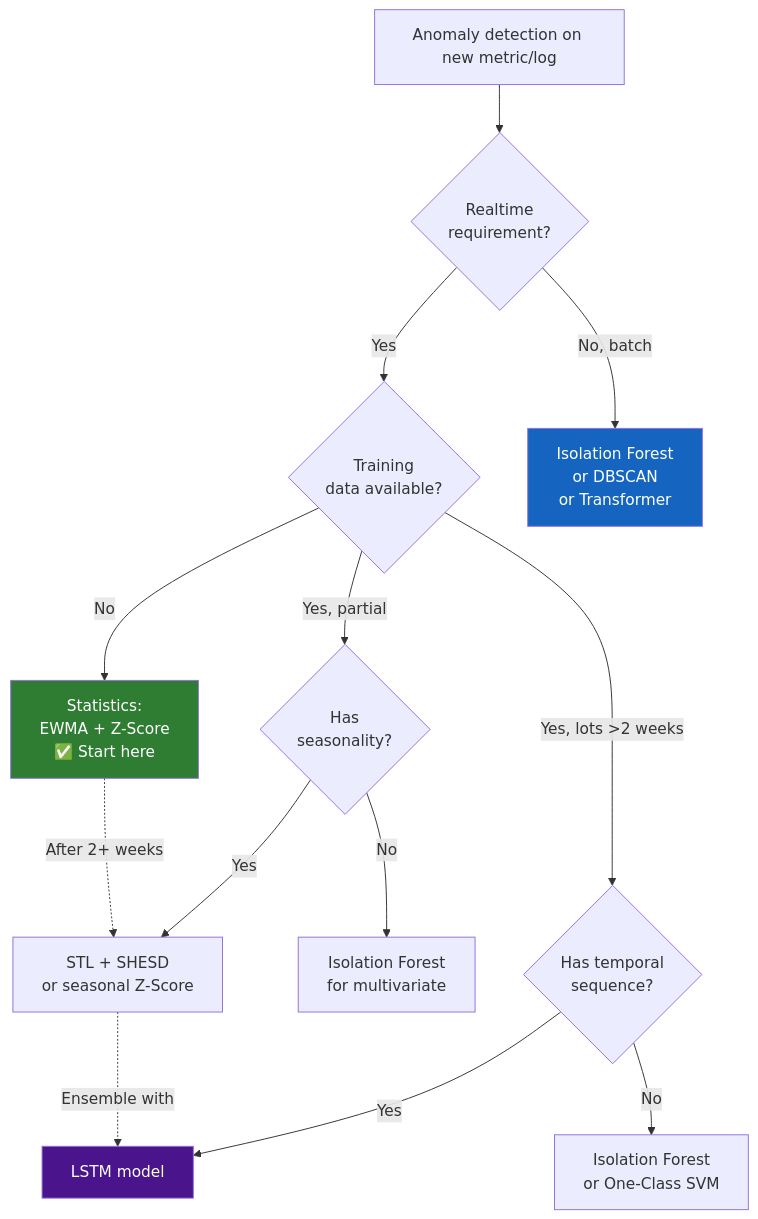
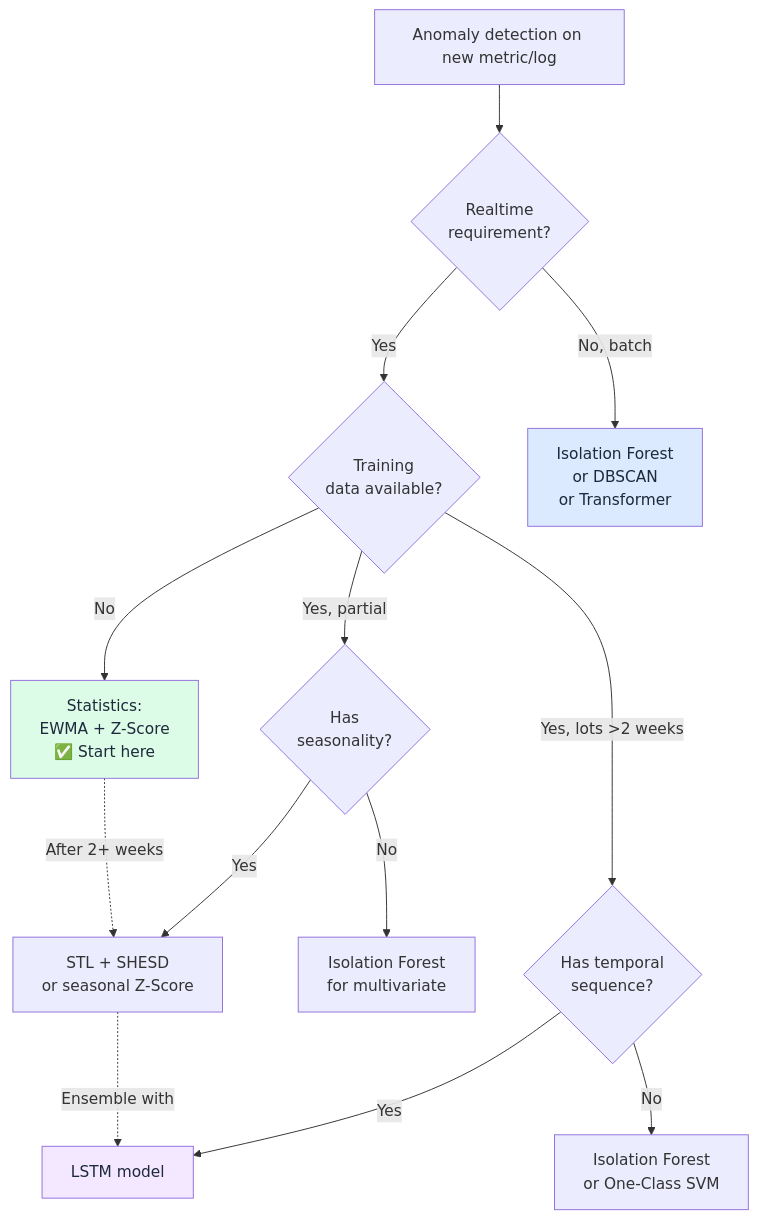
Before and after one commit to XUanhoa04/aiops-engineering-handbook: the sixth of 8 diagrams in docs/en/08-anomaly-detection/README.md, drawn with Mermaid. The commit also changed other lines of this file and 39 other files, not shown here.

First line of the commit message:
docs: concept-first Ch.08-12, collapse code, soft Mermaid colors

````diff
--- a/docs/en/08-anomaly-detection/README.md
+++ b/docs/en/08-anomaly-detection/README.md
@@ -1365,24 +2137,24 @@
 ```mermaid
 graph TD
     START[Anomaly detection on new metric/log] --> Q1{Realtime\nrequirement?}
     
     Q1 -->|Yes| Q2{Training\ndata available?}
     Q1 -->|No, batch| BATCH[Isolation Forest\nor DBSCAN\nor Transformer]
     
     Q2 -->|No| STAT[Statistics:\nEWMA + Z-Score\n✅ Start here]
     Q2 -->|Yes, partial| Q3{Has\nseasonality?}
     Q2 -->|Yes, lots >2 weeks| Q4{Has temporal\nsequence?}
     
     Q3 -->|Yes| STL_DET[STL + SHESD\nor seasonal Z-Score]
     Q3 -->|No| IF[Isolation Forest\nfor multivariate]
     
     Q4 -->|Yes| LSTM_DET[LSTM model]
     Q4 -->|No| IF2[Isolation Forest\nor One-Class SVM]
     
     STAT -.->|After 2+ weeks| STL_DET
     STL_DET -.->|Ensemble with| LSTM_DET
 
-    style STAT fill:#2e7d32,color:#fff
-    style LSTM_DET fill:#4a148c,color:#fff
-    style BATCH fill:#1565c0,color:#fff
+    style STAT fill:#dcfce7,color:#1e293b
+    style LSTM_DET fill:#f3e8ff,color:#1e293b
+    style BATCH fill:#dbeafe,color:#1e293b
 ```
````
